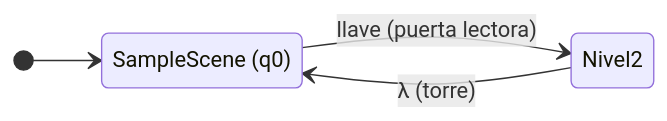
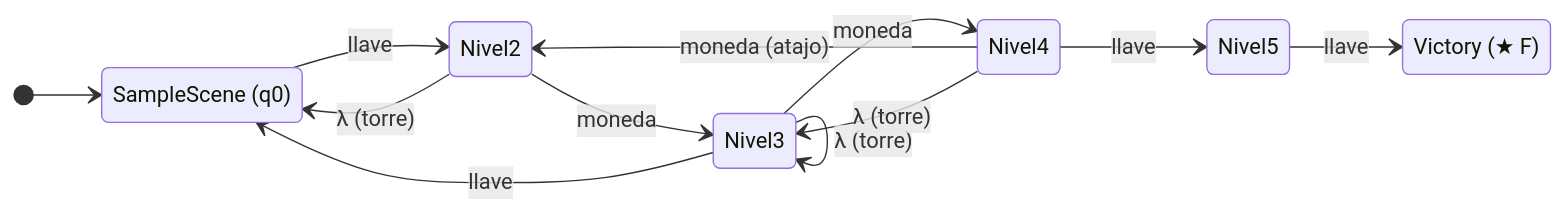
The sixth of 7 diagrams in README.md (JP-Danix/Proyecto_lenguajes), drawn with Mermaid before and after one commit. The commit also changed other lines of this file and 18 other files, not shown here.

First line of the commit message:
Nivel 5 y Victory: AFN-lambda completo con estado de aceptacion real

````diff
--- a/README.md
+++ b/README.md
@@ -695,12 +747,25 @@
 ```mermaid
 stateDiagram-v2
     direction LR
 
-    state "SampleScene (q0)" as A
-    state "Nivel2" as B
+    state "SampleScene (q0)" as S
+    state "Nivel2" as N2
+    state "Nivel3" as N3
+    state "Nivel4" as N4
+    state "Nivel5" as N5
+    state "Victory (★ F)" as V
 
-    [*] --> A
+    [*] --> S
 
-    A --> B : llave (puerta lectora)
-    B --> A : λ (torre)
+    S --> N2 : llave
+    N2 --> N3 : moneda
+    N3 --> N4 : moneda
+    N3 --> S : llave
+    N4 --> N5 : llave
+    N4 --> N2 : moneda (atajo)
+    N5 --> V : llave
+
+    N2 --> S : λ (torre)
+    N3 --> N3 : λ (torre)
+    N4 --> N3 : λ (torre)
 ```
````
